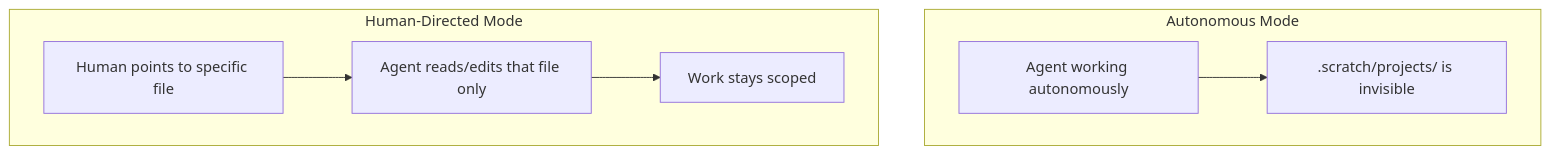
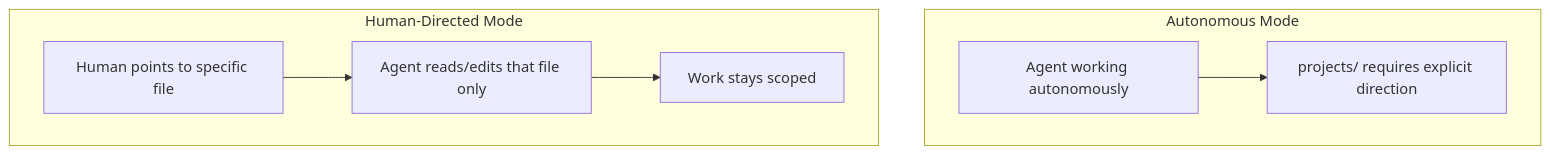
The second of 2 diagrams in docs/architecture/workspaces/projects.md (jamesryancooper/octon), drawn with Mermaid before and after one commit. The commit also changed other lines of this file and 234 other files, not shown here.

````diff
--- a/docs/architecture/workspaces/projects.md
+++ b/docs/architecture/workspaces/projects.md
@@ -220,16 +237,16 @@
 ```mermaid
 flowchart TD
     subgraph autonomous [Autonomous Mode]
         A[Agent working autonomously]
-        B[".scratch/projects/ is invisible"]
+        B["projects/ requires explicit direction"]
     end
 
     subgraph directed [Human-Directed Mode]
         C[Human points to specific file]
         D[Agent reads/edits that file only]
         E[Work stays scoped]
     end
 
     A --> B
     C --> D --> E
 ```
````
